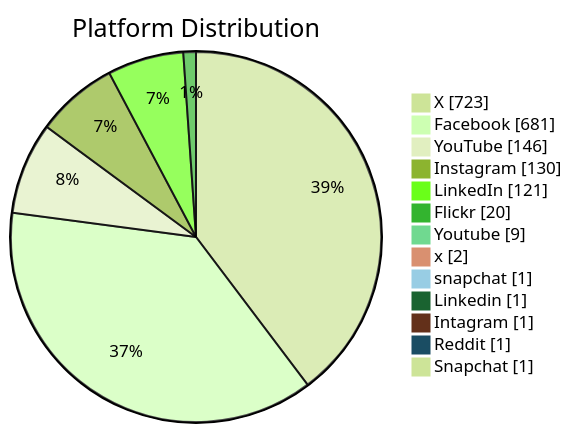
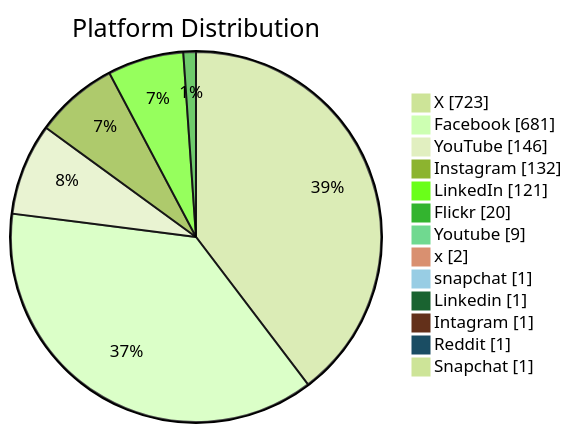
The second of 6 diagrams in README.md (PatLittle/GC-Socials), drawn with Mermaid (forest theme) before and after one commit. The commit also changed other lines of this file, not shown here.

Commit message:
Update README with Platform Distribution pie chart

````diff
--- a/README.md
+++ b/README.md
@@ -46,16 +46,16 @@
 ```mermaid
 pie showData title Platform Distribution
     "X": 723
     "Facebook": 681
     "YouTube": 146
-    "Instagram": 130
+    "Instagram": 132
     "LinkedIn": 121
     "Flickr": 20
     "Youtube": 9
     "x": 2
     "snapchat": 1
     "Linkedin": 1
     "Intagram": 1
     "Reddit": 1
     "Snapchat": 1
 ```
````
